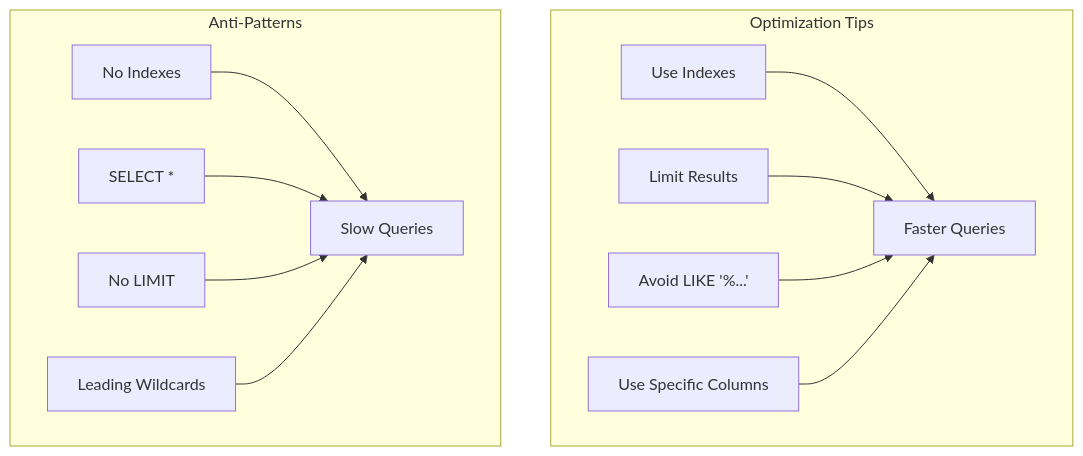
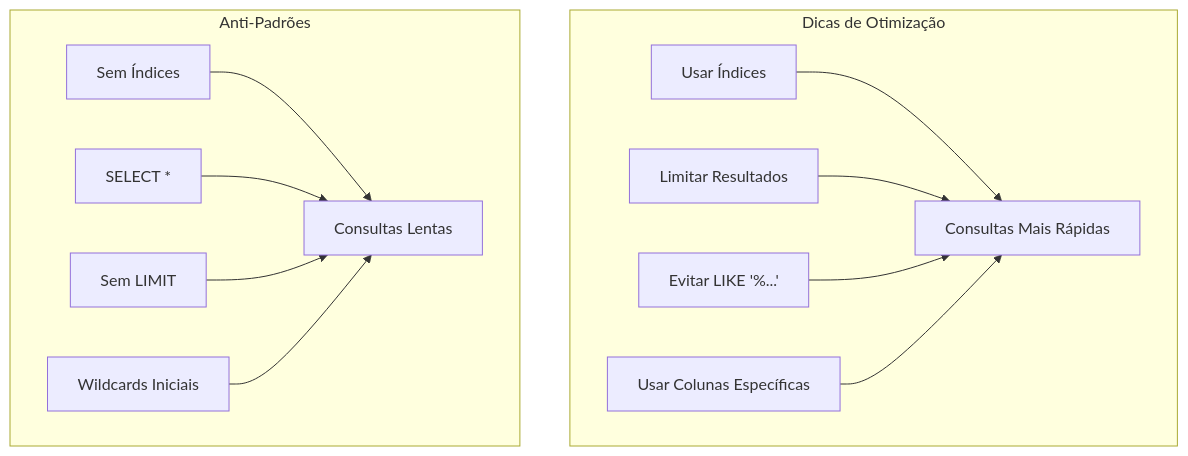
The fourth of 4 diagrams in apps/docs-27/src/content/docs/pt/api-reference/kernel/criteria.md (mambax7/xoops-docs), drawn with Mermaid before and after one commit. The commit also changed other lines of this file and 162 other files, not shown here.

````diff
--- a/apps/docs-27/src/content/docs/pt/api-reference/kernel/criteria.md
+++ b/apps/docs-27/src/content/docs/pt/api-reference/kernel/criteria.md
@@ -321,16 +321,16 @@
 ```mermaid
 graph TB
-    subgraph "Optimization Tips"
-        A[Use Indexes] --> E[Faster Queries]
-        B[Limit Results] --> E
-        C[Avoid LIKE '%...'] --> E
-        D[Use Specific Columns] --> E
+    subgraph "Dicas de Otimização"
+        A[Usar Índices] --> E[Consultas Mais Rápidas]
+        B[Limitar Resultados] --> E
+        C[Evitar LIKE '%...'] --> E
+        D[Usar Colunas Específicas] --> E
     end
 
-    subgraph "Anti-Patterns"
-        F[No Indexes] --> G[Slow Queries]
+    subgraph "Anti-Padrões"
+        F[Sem Índices] --> G[Consultas Lentas]
         H[SELECT *] --> G
-        I[No LIMIT] --> G
-        J[Leading Wildcards] --> G
+        I[Sem LIMIT] --> G
+        J[Wildcards Iniciais] --> G
     end
 ```
````
